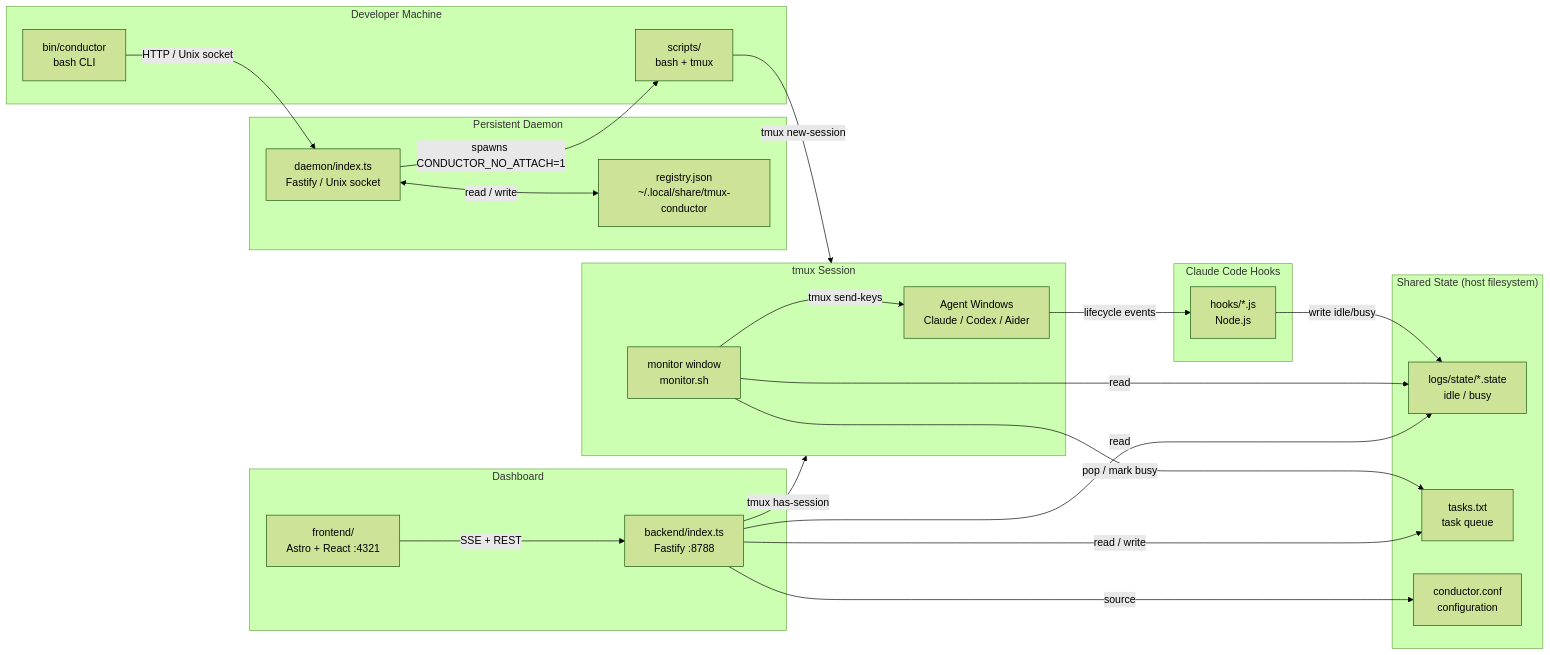
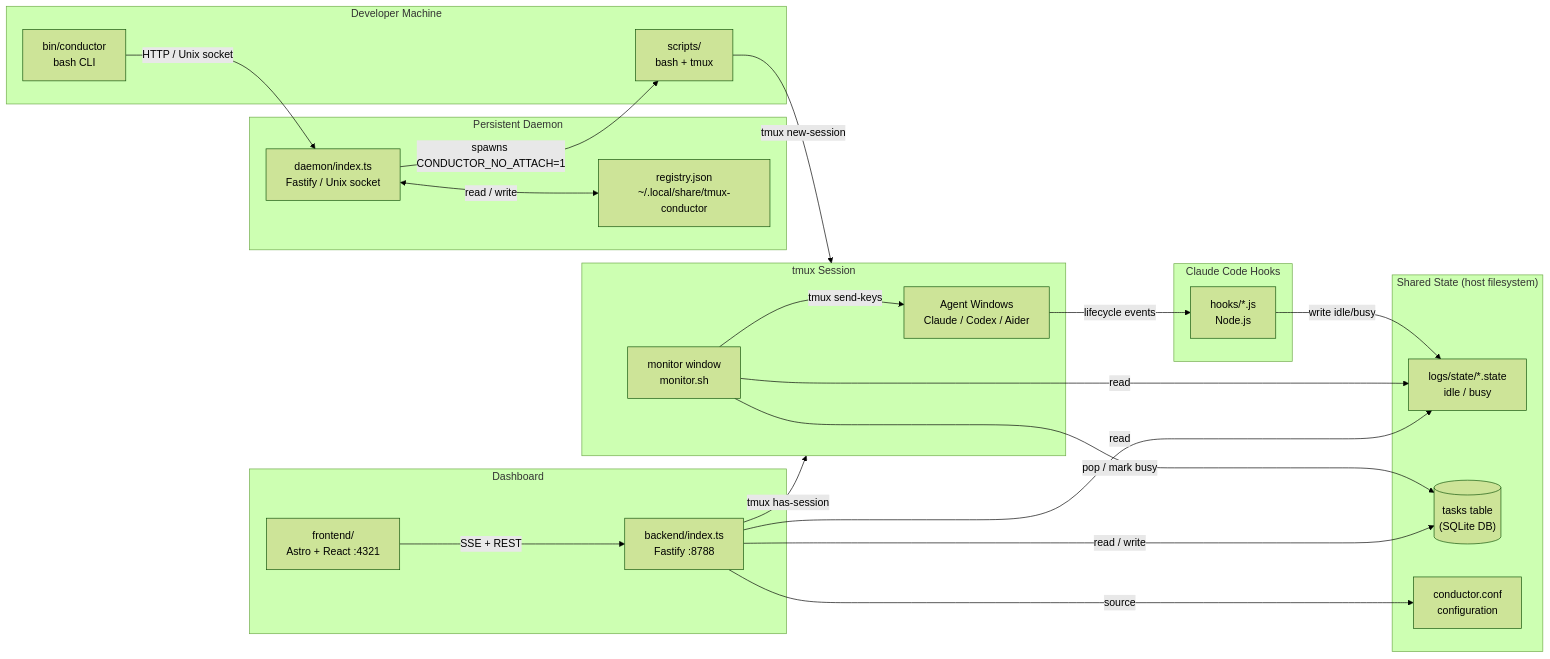
Before and after one commit to codewizard-dt/tmux-conductor: the first of 2 diagrams in README.md, drawn with Mermaid (forest theme). The commit also changed other lines of this file and 91 other files, not shown here.

Commit message:
[minor] Complete SQLite cutover (ROADMAP-001) and portal scaffold (ROADMAP-002); bump versions (2.1.0, 1.1.0, 0.2.0)

````diff
--- a/README.md
+++ b/README.md
@@ -73,42 +73,42 @@
 ```mermaid
 flowchart LR
   subgraph CLI["Developer Machine"]
     BIN["bin/conductor\nbash CLI"]
     SCRIPTS["scripts/\nbash + tmux"]
   end
   subgraph Daemon["Persistent Daemon"]
     DAEMON["daemon/index.ts\nFastify / Unix socket"]
     REGISTRY["registry.json\n~/.local/share/tmux-conductor"]
   end
   subgraph Session["tmux Session"]
     AGENTS["Agent Windows\nClaude / Codex / Aider"]
     MONITOR["monitor window\nmonitor.sh"]
   end
   subgraph Dashboard["Dashboard"]
     BACKEND["backend/index.ts\nFastify :8788"]
     FRONTEND["frontend/\nAstro + React :4321"]
   end
   subgraph State["Shared State (host filesystem)"]
     STATEFILES["logs/state/*.state\nidle / busy"]
-    QUEUE["tasks.txt\ntask queue"]
+    QUEUE[("tasks table\n(SQLite DB)")]
     CONF["conductor.conf\nconfiguration"]
   end
   subgraph Hooks["Claude Code Hooks"]
     HOOKJS["hooks/*.js\nNode.js"]
   end
 
   BIN -->|"HTTP / Unix socket"| DAEMON
   DAEMON -->|"spawns CONDUCTOR_NO_ATTACH=1"| SCRIPTS
   DAEMON <-->|"read / write"| REGISTRY
   SCRIPTS -->|"tmux new-session"| Session
   AGENTS -->|"lifecycle events"| HOOKJS
   HOOKJS -->|"write idle/busy"| STATEFILES
   MONITOR -->|"read"| STATEFILES
   MONITOR -->|"pop / mark busy"| QUEUE
   MONITOR -->|"tmux send-keys"| AGENTS
   BACKEND -->|"read"| STATEFILES
   BACKEND -->|"read / write"| QUEUE
   BACKEND -->|"source"| CONF
   BACKEND -->|"tmux has-session"| Session
   FRONTEND -->|"SSE + REST"| BACKEND
 ```
````
